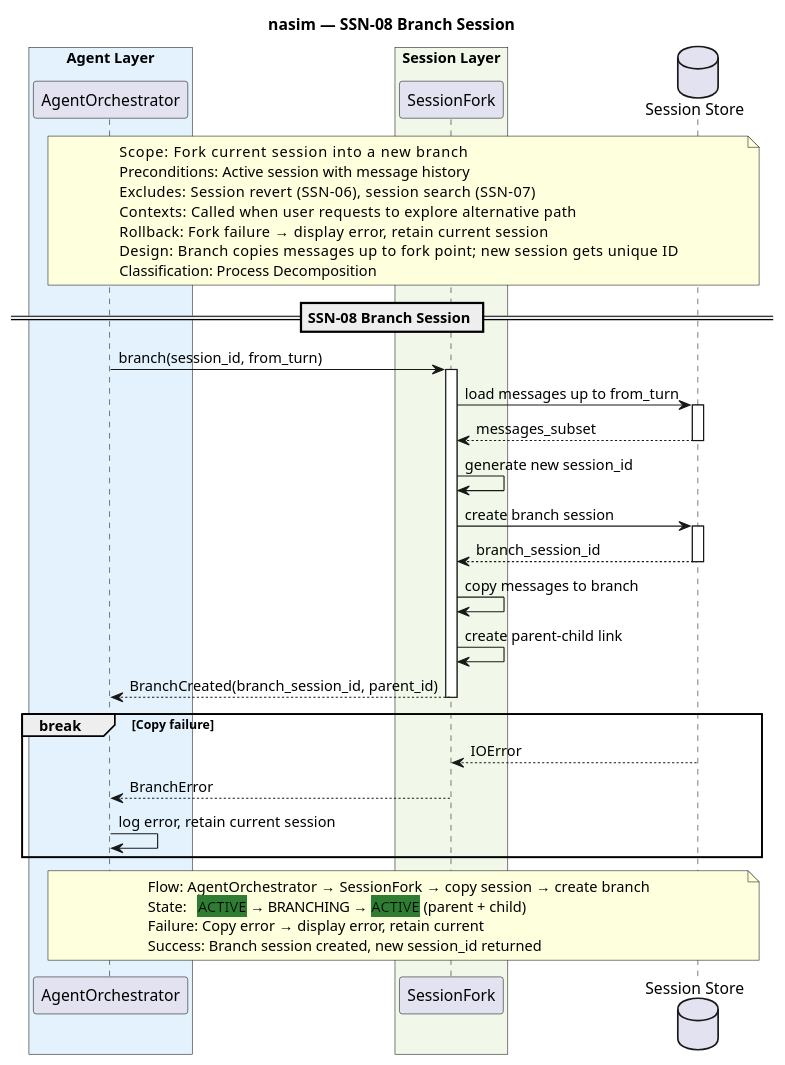
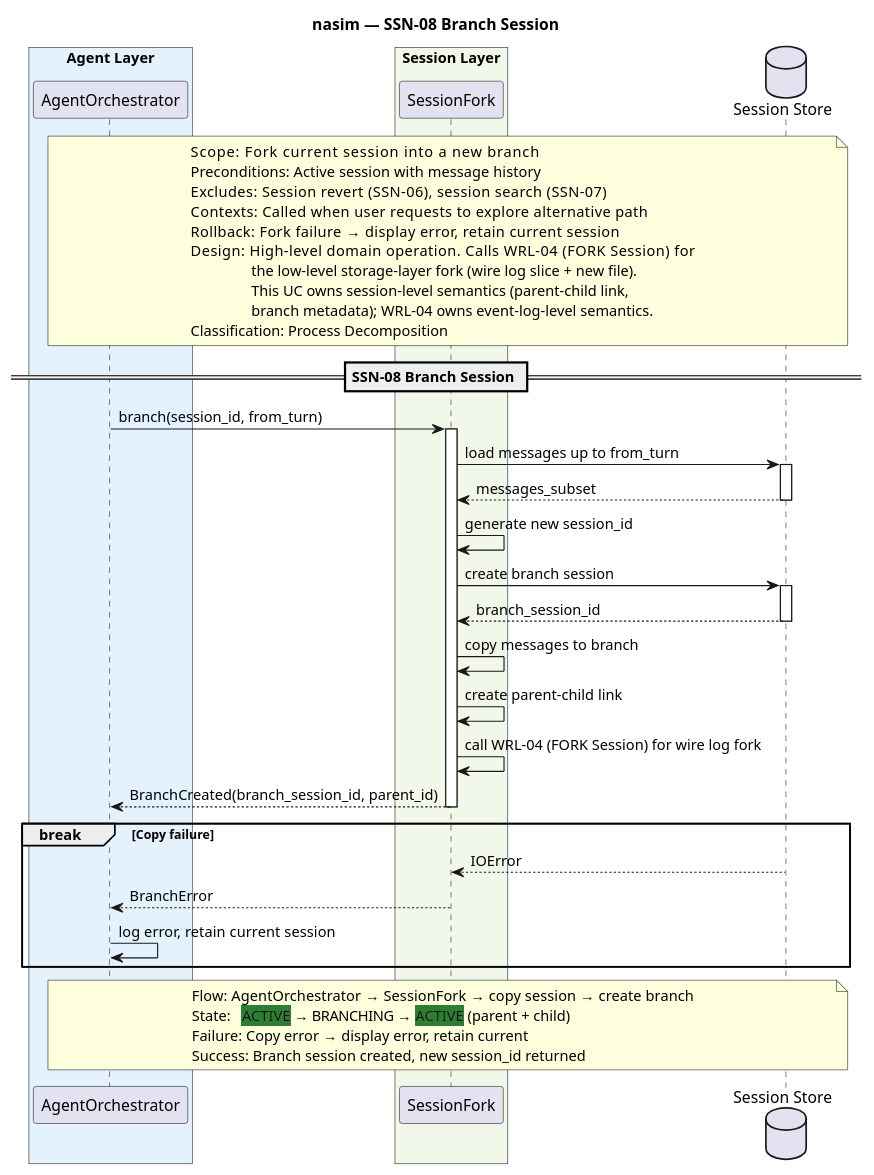
Before and after one commit to salimnamvar/nasim: the diagram in docs/SQ/SSN/sq_ssn08_branch_session.puml, drawn with PlantUML. The commit also changed 18 other files, not shown here.

Commit message:
docs: Update component diagrams and API documentation for improved clarity and structure

```diff
--- a/docs/SQ/SSN/sq_ssn08_branch_session.puml
+++ b/docs/SQ/SSN/sq_ssn08_branch_session.puml
@@ -1,67 +1,71 @@
 @startuml sq_ssn08_branch_session
 ' ============================================================
 ' Title:     SSN-08 — Branch Session
 ' Boundary:  nasim code agent CLI
 ' Purpose:   Fork session into a new branch for parallel exploration
 ' Milestone: v1.0
 ' Version:   1.0.0
 ' Source:    docs/UC/README.md
 ' Review:    docs/SQ/README.md
 ' ============================================================
 
 title nasim — SSN-08 Branch Session
 
 box "Agent Layer" #E3F2FD
   participant "AgentOrchestrator" as agent
 end box
 box "Session Layer" #F1F8E9
   participant "SessionFork" as fork
 end box
 database "Session Store" as store
 
 note over agent, store
   Scope:          Fork current session into a new branch
   Preconditions:  Active session with message history
   Excludes:       Session revert (SSN-06), session search (SSN-07)
   Contexts:       Called when user requests to explore alternative path
   Rollback:       Fork failure → display error, retain current session
-  Design:         Branch copies messages up to fork point; new session gets unique ID
+  Design:         High-level domain operation. Calls WRL-04 (FORK Session) for
+                  the low-level storage-layer fork (wire log slice + new file).
+                  This UC owns session-level semantics (parent-child link,
+                  branch metadata); WRL-04 owns event-log-level semantics.
   Classification: Process Decomposition
 end note
 
 == SSN-08 Branch Session ==
 
 agent -> fork : branch(session_id, from_turn)
 activate fork
 
 fork -> store : load messages up to from_turn
 activate store
 store --> fork : messages_subset
 deactivate store
 
 fork -> fork : generate new session_id
 fork -> store : create branch session
 activate store
 store --> fork : branch_session_id
 deactivate store
 
 fork -> fork : copy messages to branch
 fork -> fork : create parent-child link
+fork -> fork : call WRL-04 (FORK Session) for wire log fork
 
 fork --> agent : BranchCreated(branch_session_id, parent_id)
 deactivate fork
 
 break Copy failure
     store --> fork : IOError
     fork --> agent : BranchError
     agent -> agent : log error, retain current session
 end
 
 note over agent, store
   Flow:    AgentOrchestrator → SessionFork → copy session → create branch
   State:   <back:#2E7D32>ACTIVE</back> → BRANCHING → <back:#2E7D32>ACTIVE</back> (parent + child)
   Failure: Copy error → display error, retain current
   Success: Branch session created, new session_id returned
 end note
 
 @enduml
```
